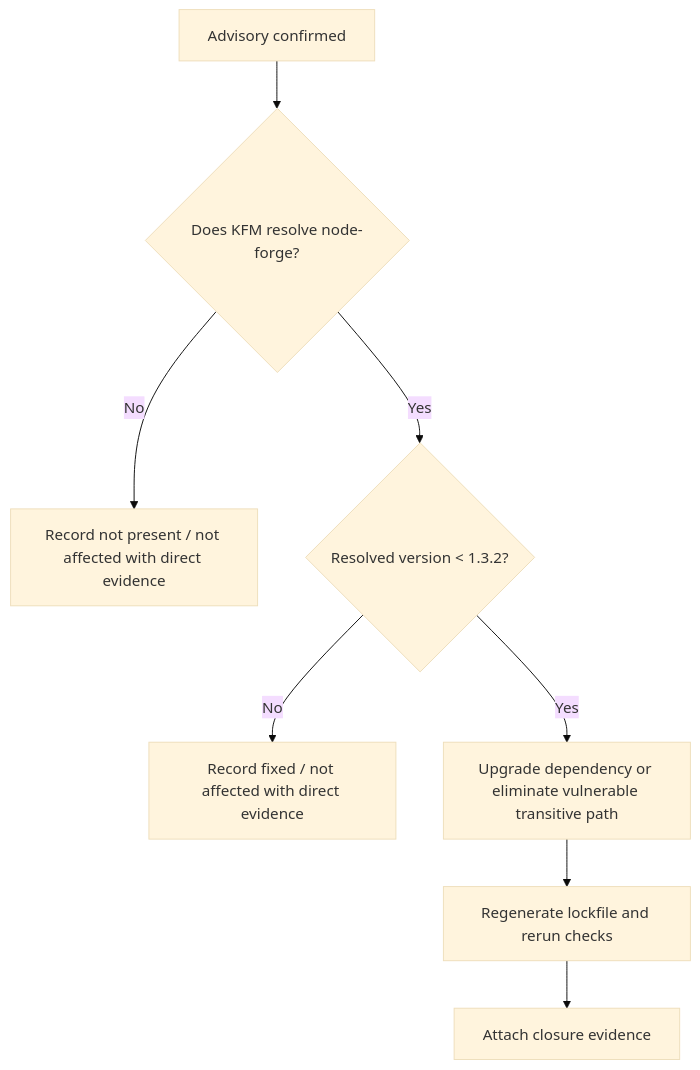
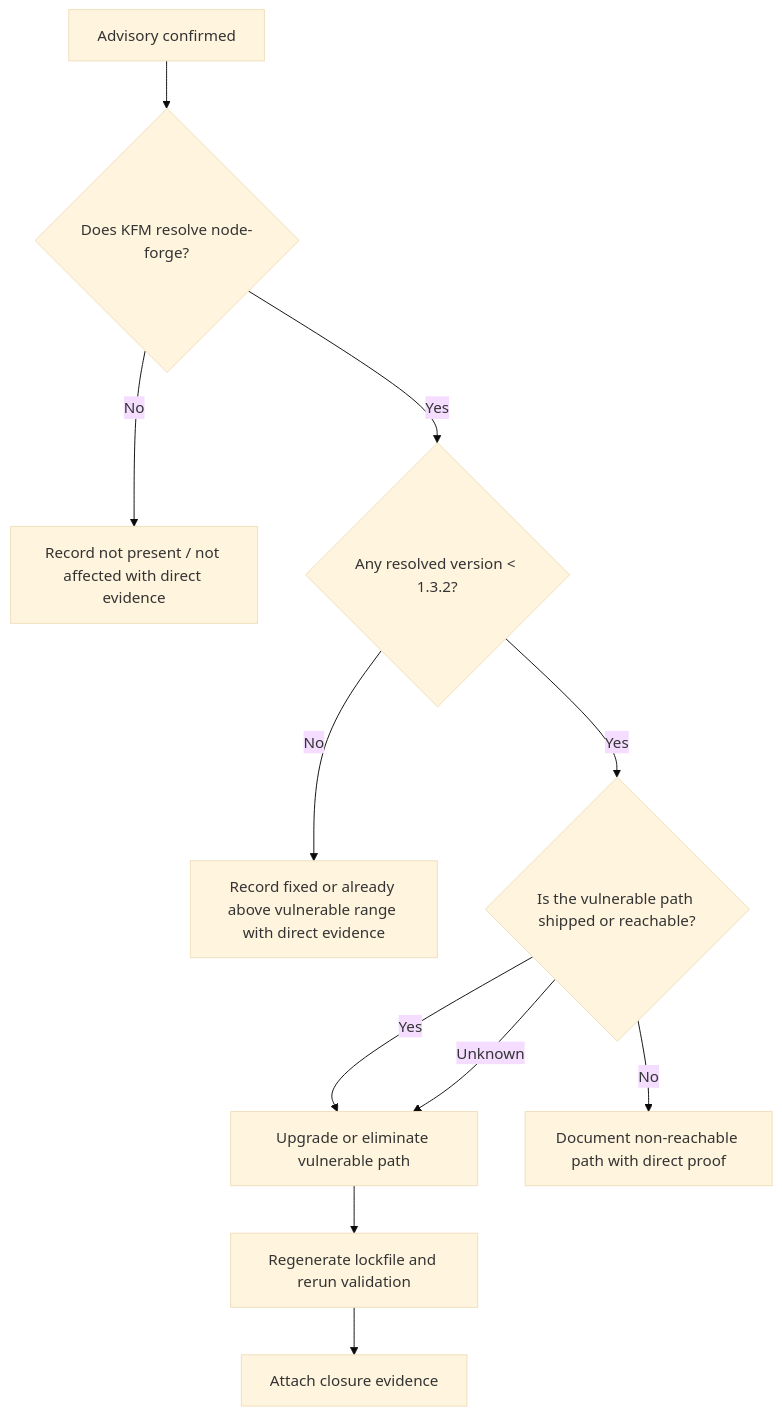
The diagram in docs/security/vulns/node-forge/CVE-2025-12816.md (bartytime4life/Kansas-Frontier-Matrix), drawn with Mermaid (base theme) before and after one commit. The commit also changed other lines of this file, not shown here.

````diff
--- a/docs/security/vulns/node-forge/CVE-2025-12816.md
+++ b/docs/security/vulns/node-forge/CVE-2025-12816.md
@@ -136,10 +182,13 @@
 ```mermaid
 flowchart TD
     A[Advisory confirmed] --> B{Does KFM resolve node-forge?}
     B -->|No| C[Record not present / not affected with direct evidence]
-    B -->|Yes| D{Resolved version < 1.3.2?}
-    D -->|No| E[Record fixed / not affected with direct evidence]
-    D -->|Yes| F[Upgrade dependency or eliminate vulnerable transitive path]
-    F --> G[Regenerate lockfile and rerun checks]
-    G --> H[Attach closure evidence]
+    B -->|Yes| D{Any resolved version < 1.3.2?}
+    D -->|No| E[Record fixed or already above vulnerable range with direct evidence]
+    D -->|Yes| F{Is the vulnerable path shipped or reachable?}
+    F -->|Yes| G[Upgrade or eliminate vulnerable path]
+    F -->|Unknown| G
+    F -->|No| H[Document non-reachable path with direct proof]
+    G --> I[Regenerate lockfile and rerun validation]
+    I --> J[Attach closure evidence]
 ```
````
